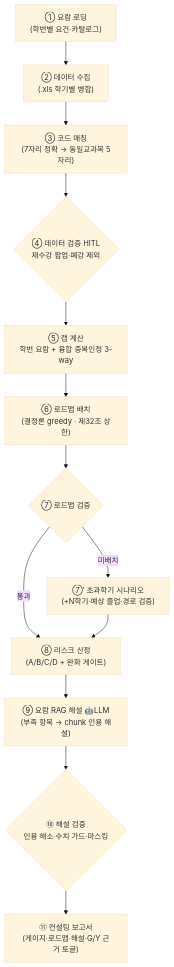
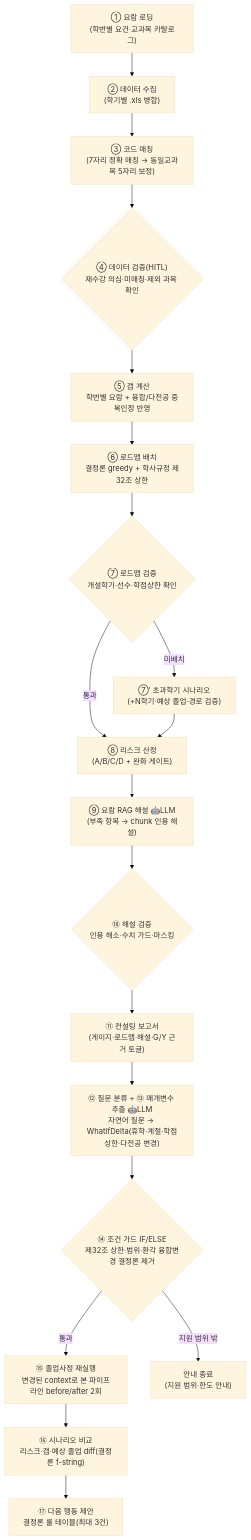
One commit to ChaeYeonKim0204/kmu-campus-life-action-agent changed the diagram in docs/graduation_center_current_state.md. Above: the diagram before and after it, drawn with Mermaid (base theme). The commit also changed other lines of this file, not shown here.

First line of the commit message:
docs: 구현 현황 문서 갱신 — 졸업 시나리오 상담 Agent 완성 반영

````diff
--- a/docs/graduation_center_current_state.md
+++ b/docs/graduation_center_current_state.md
@@ -30,14 +31,21 @@
 ```mermaid
 flowchart TD
-    A["① 요람 로딩<br/>(학번별 요건·카탈로그)"] --> B["② 데이터 수집<br/>(.xls 학기별 병합)"]
-    B --> C["③ 코드 매칭<br/>(7자리 정확 → 동일교과목 5자리)"]
-    C --> D{"④ 데이터 검증 HITL<br/>재수강 팝업·폐강 제외"}
-    D --> E["⑤ 갭 계산<br/>학번 요람 + 융합 중복인정 3-way"]
-    E --> F["⑥ 로드맵 배치<br/>(결정론 greedy · 제32조 상한)"]
-    F --> G{"⑦ 로드맵 검증"}
+    A["① 요람 로딩<br/>(학번별 요건·교과목 카탈로그)"] --> B["② 데이터 수집<br/>(학기별 .xls 병합)"]
+    B --> C["③ 코드 매칭<br/>(7자리 정확 매칭 → 동일교과목 5자리 보정)"]
+    C --> D{"④ 데이터 검증(HITL)<br/>재수강 의심·미매칭·제외 과목 확인"}
+    D --> E["⑤ 갭 계산<br/>학번별 요람 + 융합/다전공 중복인정 반영"]
+    E --> F["⑥ 로드맵 배치<br/>결정론 greedy + 학사규정 제32조 상한"]
+    F --> G{"⑦ 로드맵 검증<br/>개설학기·선수·학점상한 확인"}
     G -->|통과| H["⑧ 리스크 산정<br/>(A/B/C/D + 완화 게이트)"]
     G -->|미배치| OV["⑦′ 초과학기 시나리오<br/>(+N학기·예상 졸업·경로 검증)"] --> H
     H --> I["⑨ 요람 RAG 해설 🤖LLM<br/>(부족 항목 → chunk 인용 해설)"]
     I --> J{"⑩ 해설 검증<br/>인용 해소·수치 가드·마스킹"}
     J --> K["⑪ 컨설팅 보고서<br/>(게이지·로드맵·해설·G/Y 근거 토글)"]
+
+    K --> W1["⑫ 질문 분류 + ⑬ 매개변수 추출 🤖LLM<br/>자연어 질문 → WhatIfDelta(휴학·계절·학점상한·다전공 변경)"]
+    W1 --> W2{"⑭ 조건 가드 IF/ELSE<br/>제32조 상한·범위·환각 융합변경 결정론 제거"}
+    W2 -->|통과| W3["⑮ 졸업사정 재실행<br/>변경된 context로 본 파이프라인 before/after 2회"]
+    W2 -->|지원 범위 밖| WU["안내 종료<br/>(지원 범위·한도 안내)"]
+    W3 --> W4["⑯ 시나리오 비교<br/>리스크·갭·예상 졸업 diff(결정론 f-string)"]
+    W4 --> W5["⑰ 다음 행동 제안<br/>결정론 룰 테이블(최대 3건)"]
 ```
````
